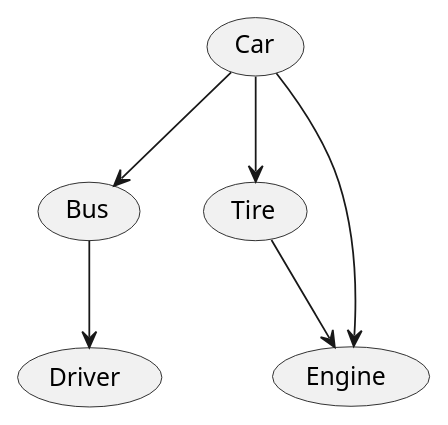
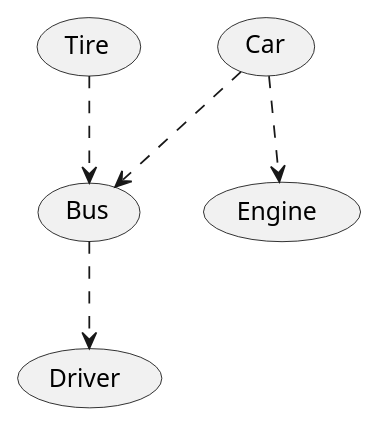
The diagram in report/leg.puml (thorgits/Image), drawn with PlantUML before and after one commit. The commit also changed 1 other file, not shown here.

```diff
--- a/report/leg.puml
+++ b/report/leg.puml
@@ -1,5 +1,4 @@
-(Car)-->(Bus)
-(Car)-->(Tire)
-(Tire)-->(Engine)
-(Car)-->(Engine)
-(Bus)-->(Driver)
+(Car)..>(Bus)
+(Tire)..>(Bus)
+(Car)..>(Engine)
+(Bus)..>(Driver)
```
